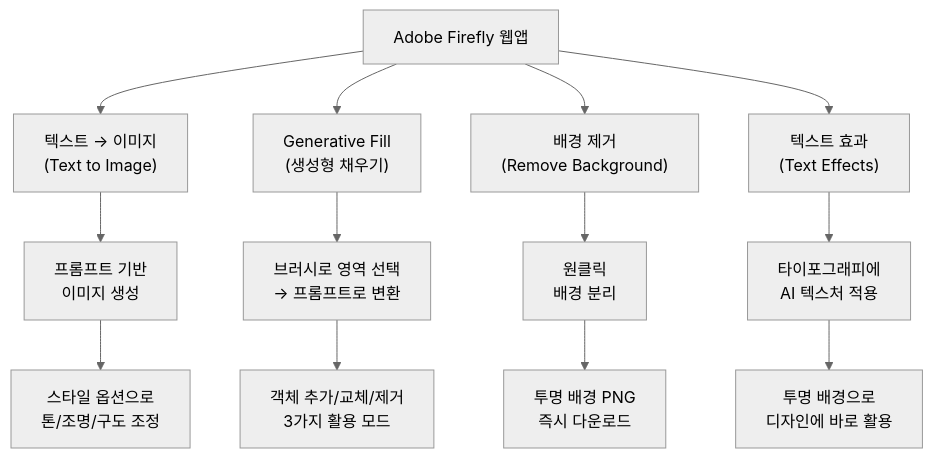
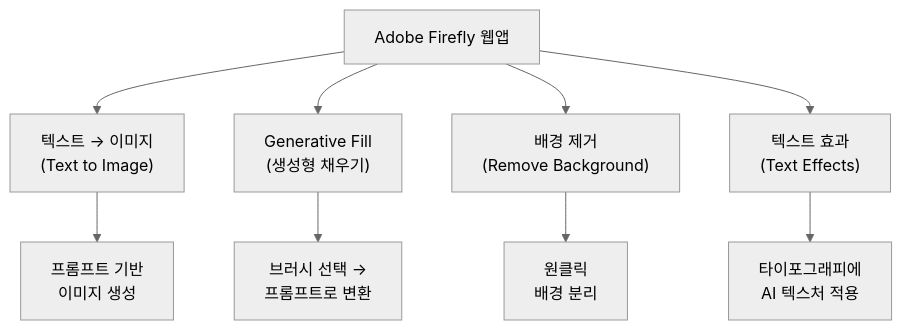
Before and after one commit to jsonpassion/forge-tutorial-promptcanvas: the first of 3 diagrams in 09-ch9-adobe-photoshop-firefly-리터치-워크플로우/01-01-adobe-firefly-웹앱-핵심-기능.md, drawn with Mermaid (neutral theme). The commit also changed other lines of this file and 63 other files, not shown here.

````diff
--- a/09-ch9-adobe-photoshop-firefly-리터치-워크플로우/01-01-adobe-firefly-웹앱-핵심-기능.md
+++ b/09-ch9-adobe-photoshop-firefly-리터치-워크플로우/01-01-adobe-firefly-웹앱-핵심-기능.md
@@ -35,19 +13,12 @@
 ```mermaid
 graph TD
     F["Adobe Firefly 웹앱"] --> A["텍스트 → 이미지<br/>(Text to Image)"]
     F --> B["Generative Fill<br/>(생성형 채우기)"]
     F --> C["배경 제거<br/>(Remove Background)"]
     F --> D["텍스트 효과<br/>(Text Effects)"]
 
     A --> A1["프롬프트 기반<br/>이미지 생성"]
-    A1 --> A2["스타일 옵션으로<br/>톤/조명/구도 조정"]
-
-    B --> B1["브러시로 영역 선택<br/>→ 프롬프트로 변환"]
-    B1 --> B2["객체 추가/교체/제거<br/>3가지 활용 모드"]
-
+    B --> B1["브러시 선택 →<br/>프롬프트로 변환"]
     C --> C1["원클릭<br/>배경 분리"]
-    C1 --> C2["투명 배경 PNG<br/>즉시 다운로드"]
-
     D --> D1["타이포그래피에<br/>AI 텍스처 적용"]
-    D1 --> D2["투명 배경으로<br/>디자인에 바로 활용"]
 ```
````
